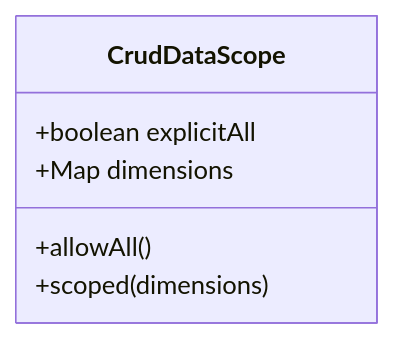
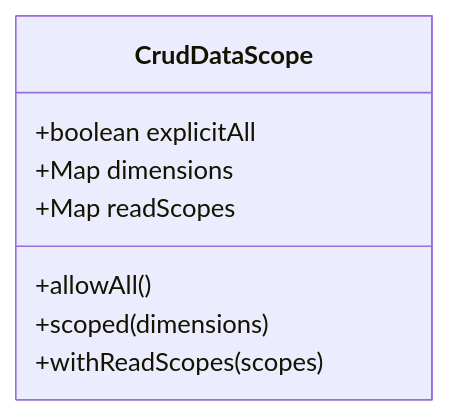
One commit to ent-loom/ent-loom changed the second of 3 diagrams in docs/architecture/core/governance/治理核心架构.md. Above: the diagram before and after it, drawn with Mermaid. The commit also changed other lines of this file and 39 other files, not shown here.

````diff
--- a/docs/architecture/core/governance/治理核心架构.md
+++ b/docs/architecture/core/governance/治理核心架构.md
@@ -71,9 +71,11 @@
 ```mermaid
 classDiagram
     class CrudDataScope {
         +boolean explicitAll
         +Map dimensions
+        +Map readScopes
         +allowAll()
         +scoped(dimensions)
+        +withReadScopes(scopes)
     }
 ```
````
